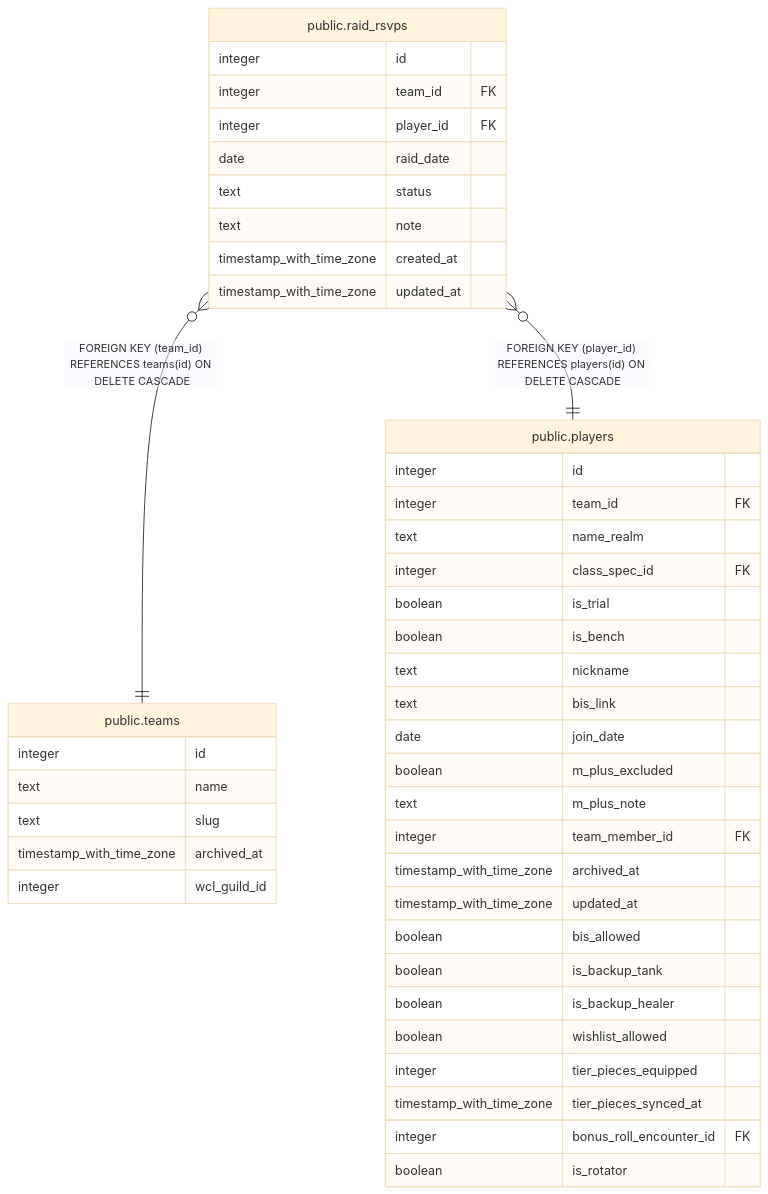
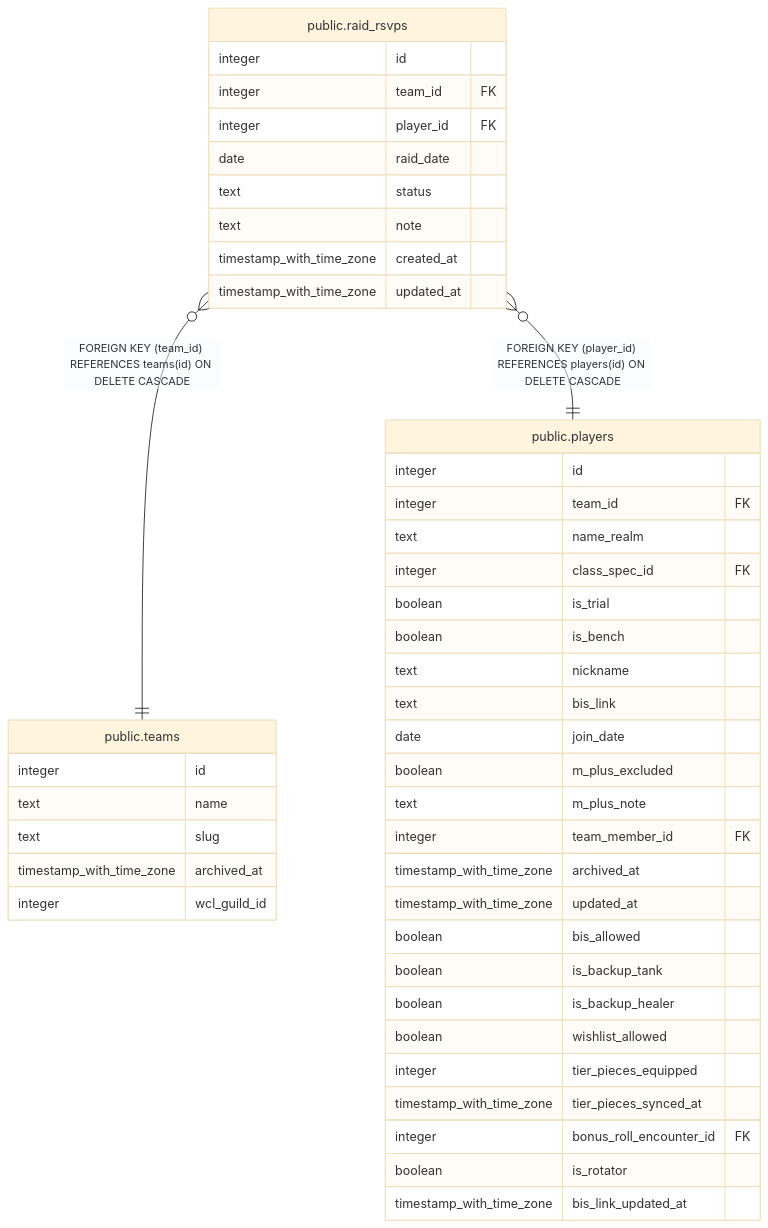
The diagram in dbdoc/public.raid_rsvps.md (katogaming88/WGA-Raid-Hub), drawn with Mermaid (base theme) before and after one commit. The commit also changed 44 other files, not shown here.

````diff
--- a/dbdoc/public.raid_rsvps.md
+++ b/dbdoc/public.raid_rsvps.md
@@ -45,48 +45,49 @@
 ```mermaid
 erDiagram
 
 "public.raid_rsvps" }o--|| "public.teams" : "FOREIGN KEY (team_id) REFERENCES teams(id) ON DELETE CASCADE"
 "public.raid_rsvps" }o--|| "public.players" : "FOREIGN KEY (player_id) REFERENCES players(id) ON DELETE CASCADE"
 
 "public.raid_rsvps" {
   integer id
   integer team_id FK
   integer player_id FK
   date raid_date
   text status
   text note
   timestamp_with_time_zone created_at
   timestamp_with_time_zone updated_at
 }
 "public.teams" {
   integer id
   text name
   text slug
   timestamp_with_time_zone archived_at
   integer wcl_guild_id
 }
 "public.players" {
   integer id
   integer team_id FK
   text name_realm
   integer class_spec_id FK
   boolean is_trial
   boolean is_bench
   text nickname
   text bis_link
   date join_date
   boolean m_plus_excluded
   text m_plus_note
   integer team_member_id FK
   timestamp_with_time_zone archived_at
   timestamp_with_time_zone updated_at
   boolean bis_allowed
   boolean is_backup_tank
   boolean is_backup_healer
   boolean wishlist_allowed
   integer tier_pieces_equipped
   timestamp_with_time_zone tier_pieces_synced_at
   integer bonus_roll_encounter_id FK
   boolean is_rotator
+  timestamp_with_time_zone bis_link_updated_at
 }
 ```
````
